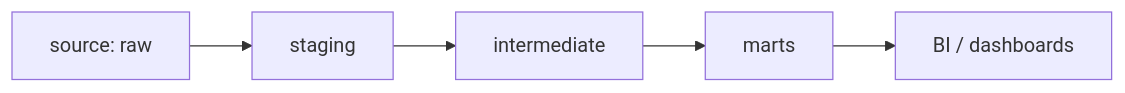
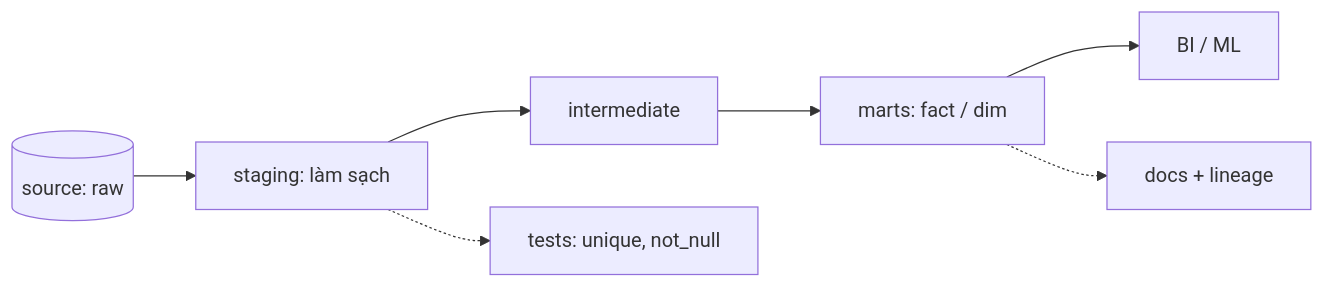
Before and after one commit to passion-Infinity/personal-tech-playbook: the diagram in src/assets/knowledge/playbooks/data-engineering/dbt-analytics-engineering.md, drawn with Mermaid. The commit also changed other lines of this file and 6 other files, not shown here.

````diff
--- a/src/assets/knowledge/playbooks/data-engineering/dbt-analytics-engineering.md
+++ b/src/assets/knowledge/playbooks/data-engineering/dbt-analytics-engineering.md
@@ -25,5 +42,9 @@
 ```mermaid
 flowchart LR
-    SRC["source: raw"] --> STG["staging"] --> INT["intermediate"] --> MART["marts"]
-    MART --> BI["BI / dashboards"]
+    SRC[("source: raw")] --> STG["staging: làm sạch"]
+    STG --> INT["intermediate"]
+    INT --> MART["marts: fact / dim"]
+    MART --> BI["BI / ML"]
+    STG -.-> TST["tests: unique, not_null"]
+    MART -.-> DOC["docs + lineage"]
 ```
````
